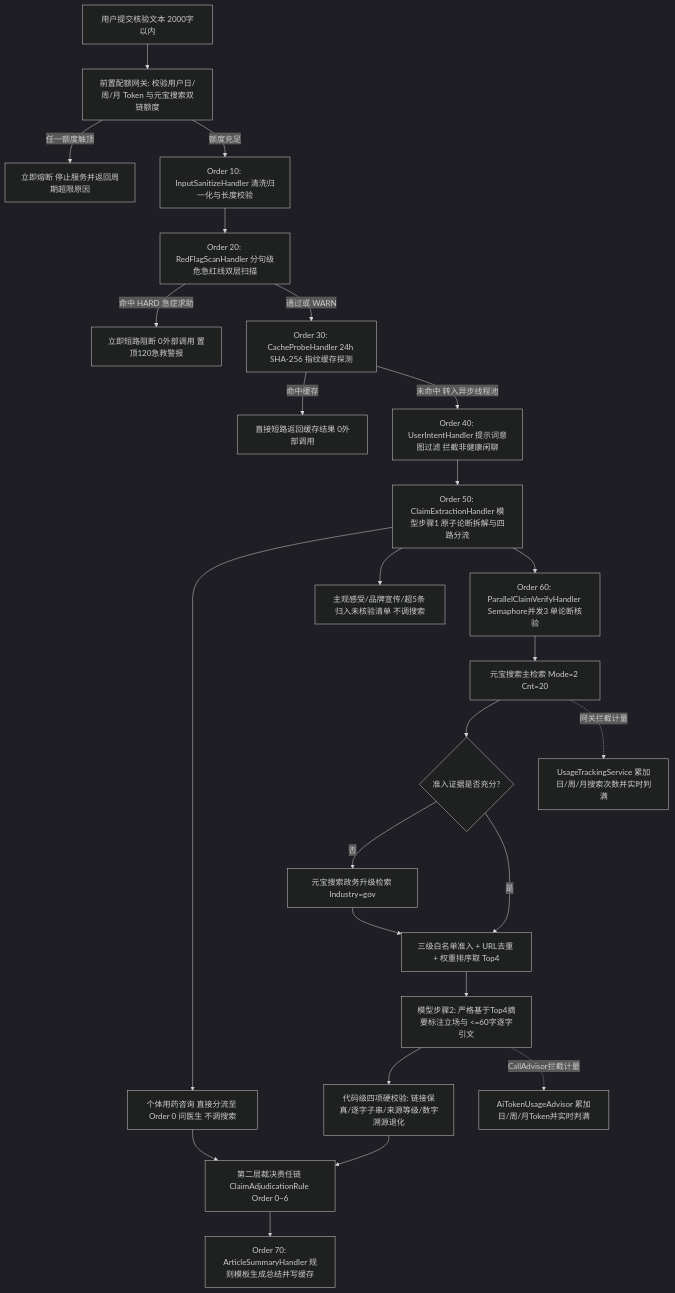
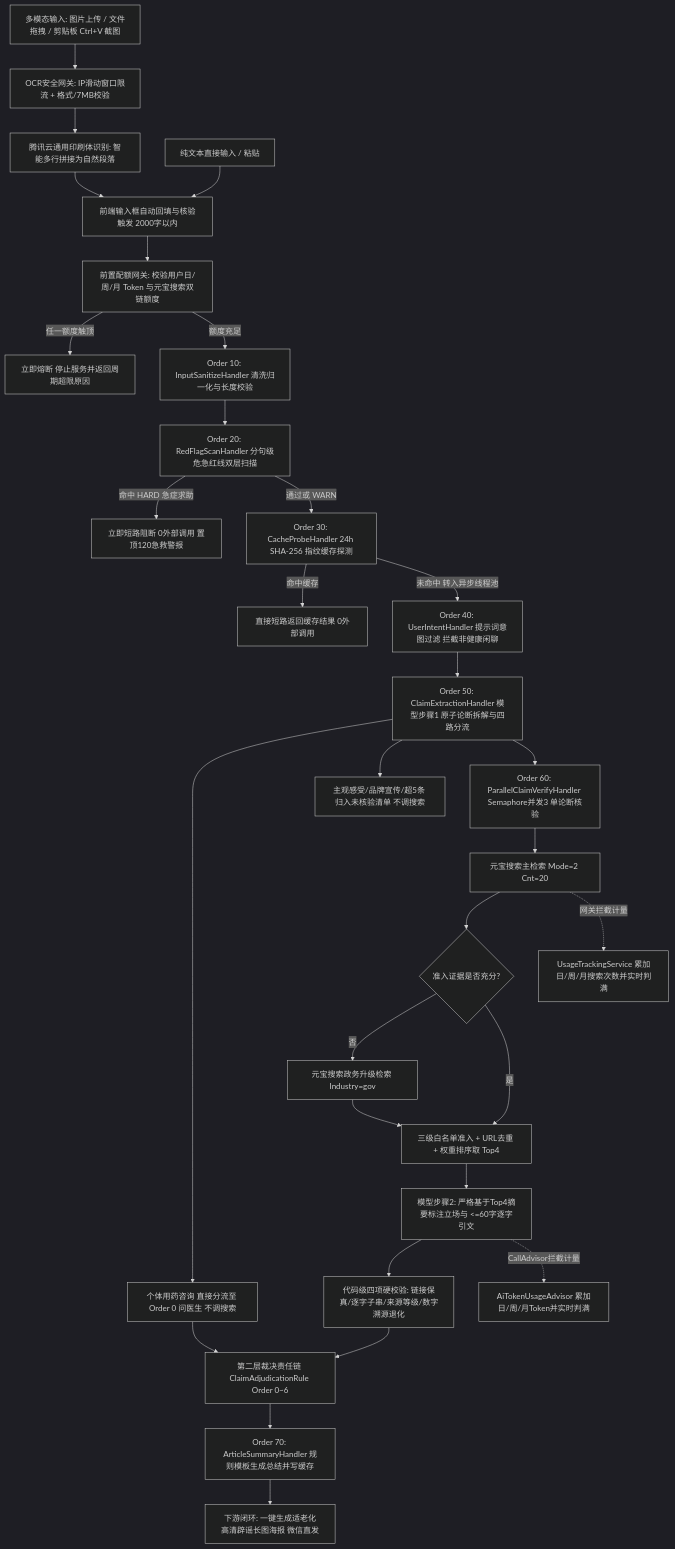
The diagram in CSDN参赛文章_家医智核.md (yjiace/familydoc-sentinel), drawn with Mermaid (dark theme) before and after one commit. The commit also changed other lines of this file, not shown here.

````diff
--- a/CSDN参赛文章_家医智核.md
+++ b/CSDN参赛文章_家医智核.md
@@ -48,27 +51,32 @@
 ```mermaid
 graph TD
-    A[用户提交核验文本 2000字以内] --> Q1[前置配额网关: 校验用户日/周/月 Token 与元宝搜索双链额度]
+    IMG[多模态输入: 图片上传 / 文件拖拽 / 剪贴板 Ctrl+V 截图] --> OCR_GW[OCR安全网关: IP滑动窗口限流 + 格式/7MB校验]
+    OCR_GW --> OCR_SVC[腾讯云通用印刷体识别: 智能多行拼接为自然段落]
+    OCR_SVC --> A[前端输入框自动回填与核验触发 2000字以内]
+    TXT[纯文本直接输入 / 粘贴] --> A
+    A --> Q1[前置配额网关: 校验用户日/周/月 Token 与元宝搜索双链额度]
     Q1 -- 任一额度触顶 --> STOP[立即熔断 停止服务并返回周期超限原因]
     Q1 -- 额度充足 --> P10[Order 10: InputSanitizeHandler 清洗归一化与长度校验]
     P10 --> P20[Order 20: RedFlagScanHandler 分句级危急红线双层扫描]
     P20 -- 命中 HARD 急症求助 --> C[立即短路阻断 0外部调用 置顶120急救警报]
     P20 -- 通过或 WARN --> P30[Order 30: CacheProbeHandler 24h SHA-256 指纹缓存探测]
     P30 -- 命中缓存 --> E[直接短路返回缓存结果 0外部调用]
     P30 -- 未命中 转入异步线程池 --> P40[Order 40: UserIntentHandler 提示词意图过滤 拦截非健康闲聊]
     P40 --> P50[Order 50: ClaimExtractionHandler 模型步骤1 原子论断拆解与四路分流]
     P50 --> G[个体用药咨询 直接分流至 Order 0 问医生 不调搜索]
     P50 --> H[主观感受/品牌宣传/超5条 归入未核验清单 不调搜索]
     P50 --> P60[Order 60: ParallelClaimVerifyHandler Semaphore并发3 单论断核验]
     P60 --> M[元宝搜索主检索 Mode=2 Cnt=20]
     M --> N{准入证据是否充分?}
     N -- 否 --> O[元宝搜索政务升级检索 Industry=gov]
     N -- 是 --> P[三级白名单准入 + URL去重 + 权重排序取 Top4]
     O --> P
     P --> S2[模型步骤2: 严格基于Top4摘要标注立场与 <=60字逐字引文]
     S2 --> V4[代码级四项硬校验: 链接保真/逐字子串/来源等级/数字溯源退化]
     V4 --> R06[第二层裁决责任链 ClaimAdjudicationRule Order 0~6]
     G --> R06
     R06 --> P70[Order 70: ArticleSummaryHandler 规则模板生成总结并写缓存]
+    P70 --> POSTER[下游闭环: 一键生成适老化高清辟谣长图海报 微信直发]
     M -.网关拦截计量.-> U[UsageTrackingService 累加日/周/月搜索次数并实时判满]
     S2 -.CallAdvisor拦截计量.-> U2[AiTokenUsageAdvisor 累加日/周/月Token并实时判满]
 ```
````
